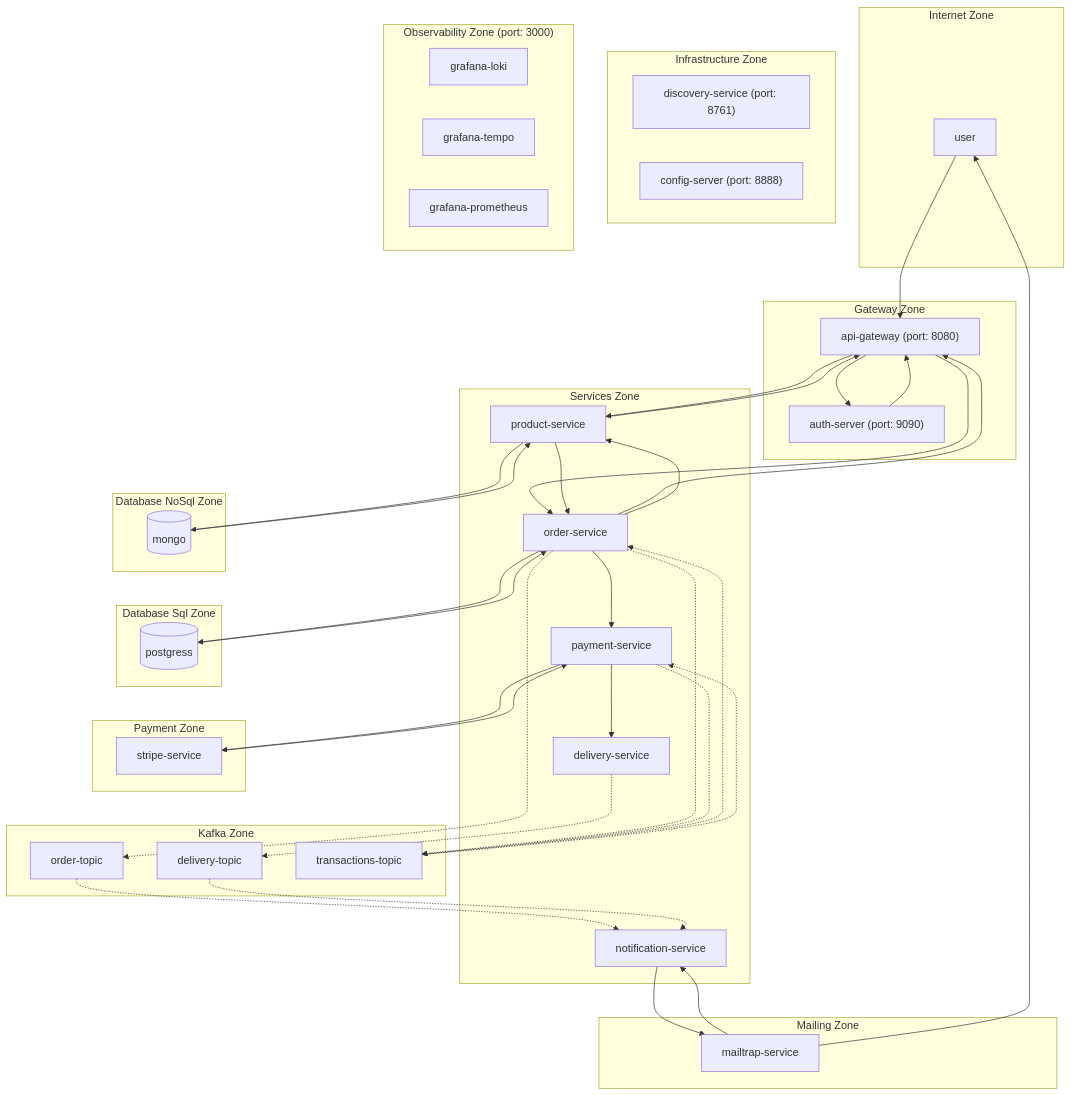
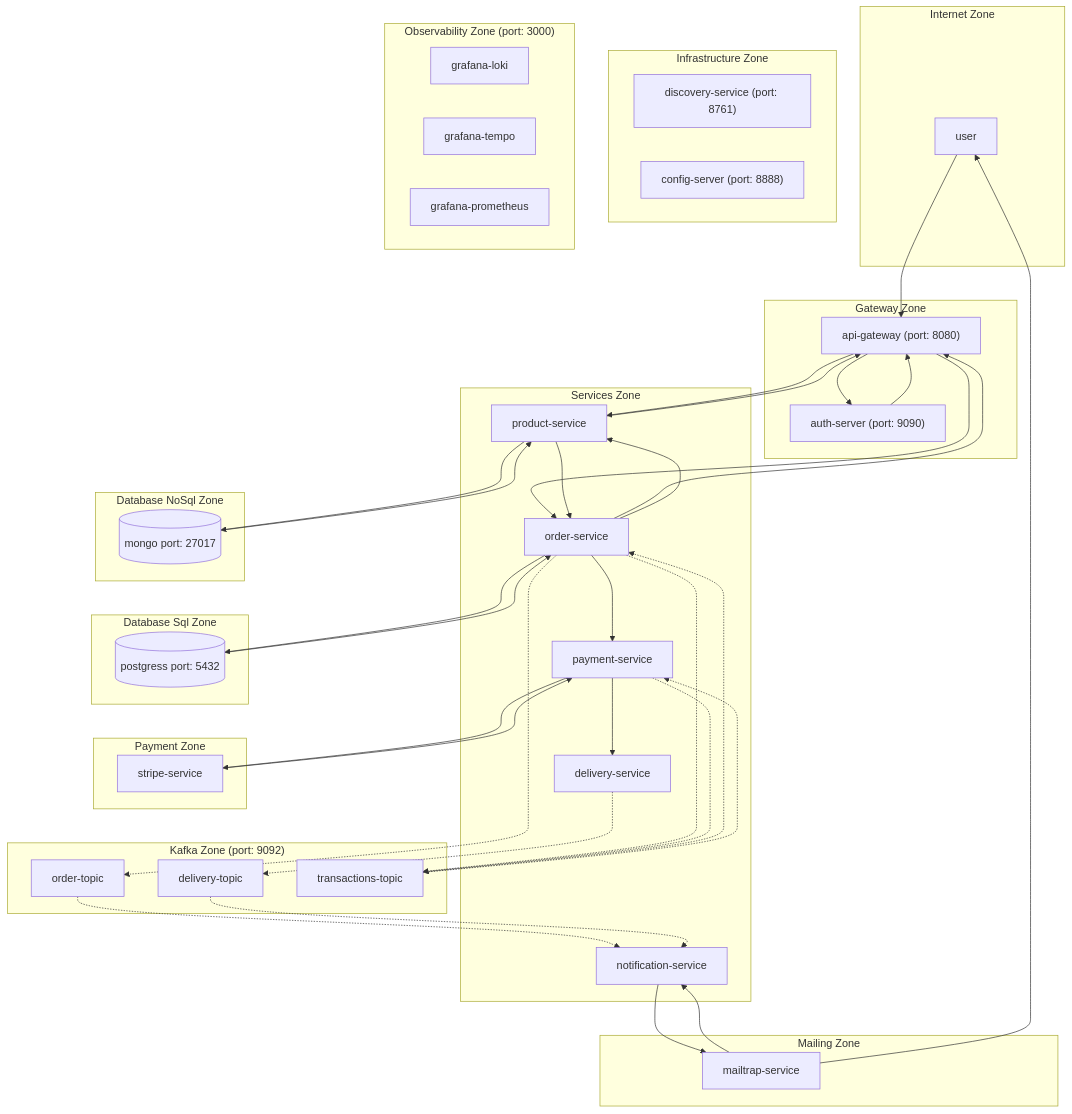
One commit to wisniewskikr/mermaid changed the diagram in ecommerce-virtual.md. Above: the diagram before and after it, drawn with Mermaid.

Commit message:
Add ports to database

```diff
--- a/ecommerce-virtual.md
+++ b/ecommerce-virtual.md
@@ -38,14 +38,14 @@
         end
 
         subgraph Database NoSql Zone
-            mongo[(mongo)]
+            mongo[(mongo port: 27017)]
         end
 
         subgraph Database Sql Zone
-            postgress[(postgress)]
+            postgress[(postgress port: 5432)]
         end
 
-        subgraph Kafka Zone
+        subgraph Kafka Zone["Kafka Zone (port: 9092)"]
             order-topic
             delivery-topic
             transactions-topic
```
